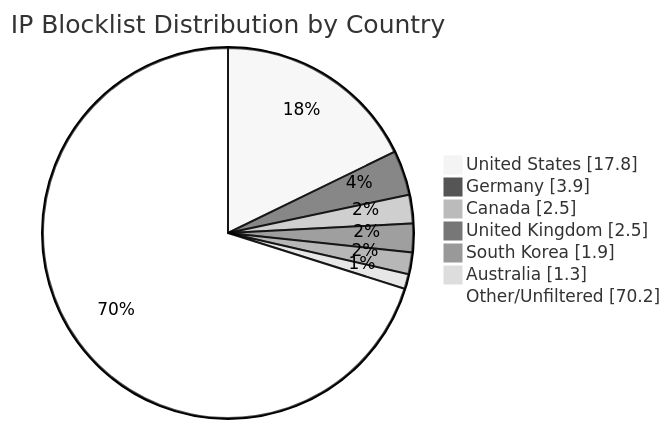
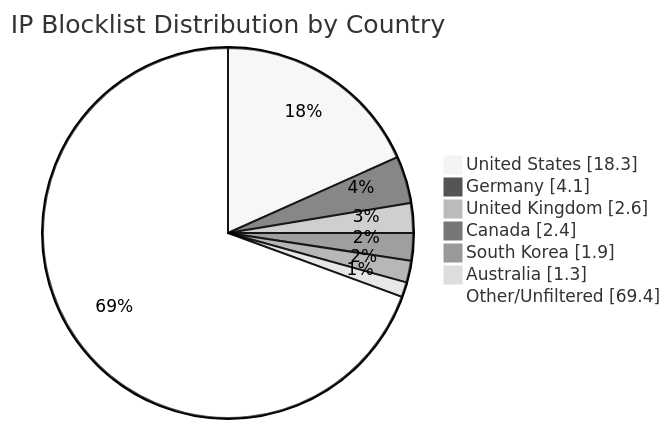
Before and after one commit to MarcusHoltz/ipblocklist-geofiltered-aggregator: the diagram in README.md, drawn with Mermaid (neutral theme). The commit also changed other lines of this file and 9 other files, not shown here.

````diff
--- a/README.md
+++ b/README.md
@@ -34,10 +34,10 @@
 ```mermaid
 pie showData title IP Blocklist Distribution by Country
-"United States" : 17.8
-"Germany" : 3.9
-"Canada" : 2.5
-"United Kingdom" : 2.5
+"United States" : 18.3
+"Germany" : 4.1
+"United Kingdom" : 2.6
+"Canada" : 2.4
 "South Korea" : 1.9
 "Australia" : 1.3
-"Other/Unfiltered" : 70.2
+"Other/Unfiltered" : 69.4
 ```
````
